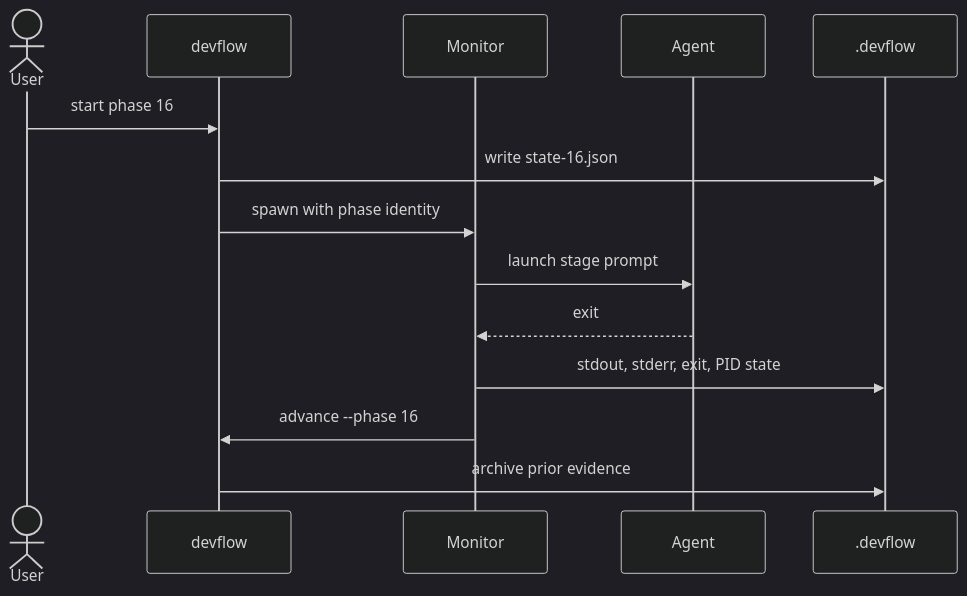
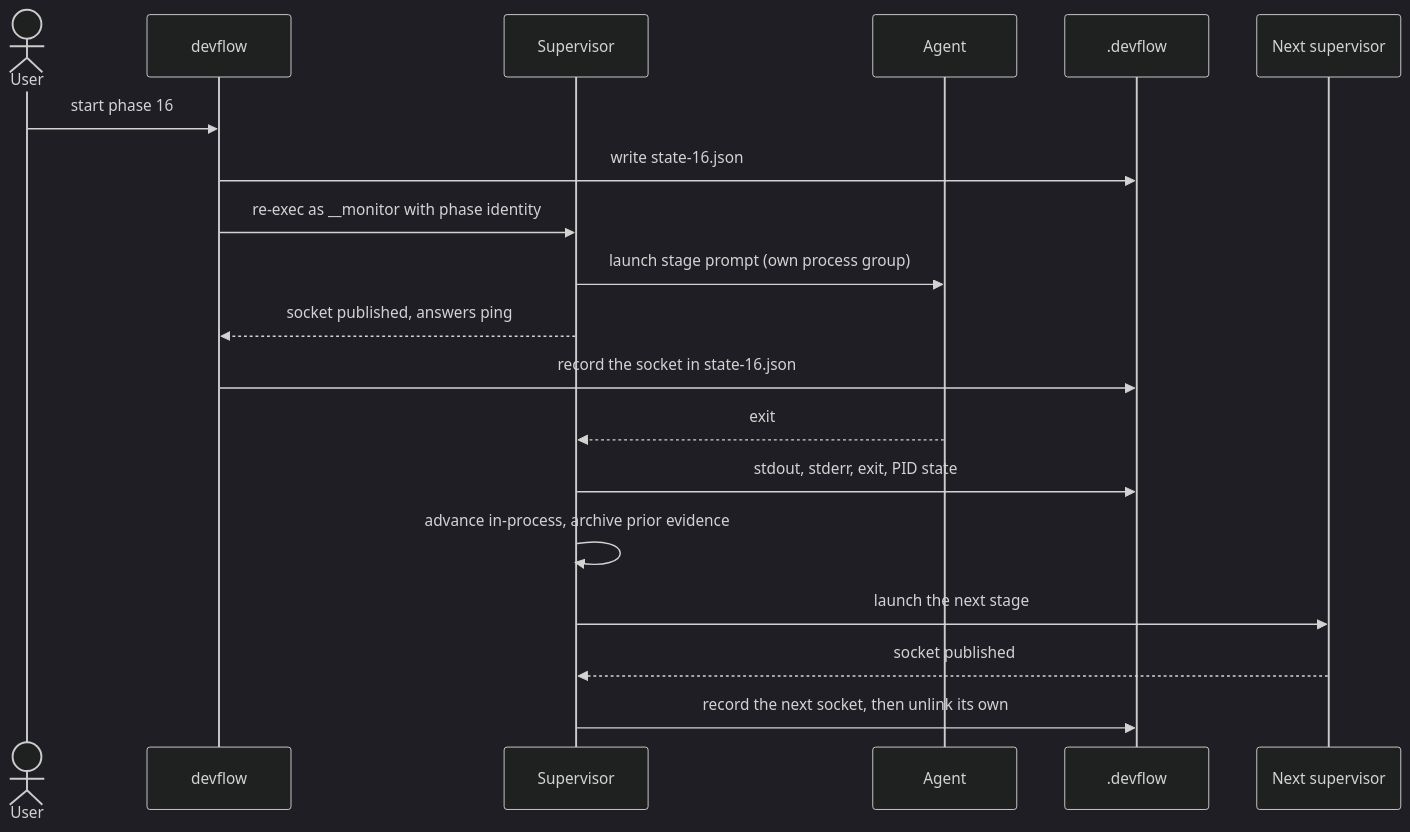
The first of 2 diagrams in docs/diagrams/agent-lifecycle.md (denniyahh/devflow), drawn with Mermaid (dark theme) before and after one commit. The commit also changed other lines of this file, not shown here.

Commit message:
docs(50-17): show the in-process advance in the agent lifecycle diagram
- the supervisor owns the agent, publishes its socket and advances
  in-process; the forked advance arrow is gone
- the next stage's supervisor publishes before the old socket is unlinked

Claude-Session: https://claude.ai/code/session_0182ocSM2E4fb2zu52jxGLzi

````diff
--- a/docs/diagrams/agent-lifecycle.md
+++ b/docs/diagrams/agent-lifecycle.md
@@ -6,17 +9,22 @@
 ```mermaid
 sequenceDiagram
     actor User
     participant CLI as devflow
-    participant Monitor
+    participant Sup as Supervisor
     participant Agent
     participant Files as .devflow
+    participant Next as Next supervisor
 
     User->>CLI: start phase 16
     CLI->>Files: write state-16.json
-    CLI->>Monitor: spawn with phase identity
-    Monitor->>Agent: launch stage prompt
-    Agent-->>Monitor: exit
-    Monitor->>Files: stdout, stderr, exit, PID state
-    Monitor->>CLI: advance --phase 16
-    CLI->>Files: archive prior evidence
+    CLI->>Sup: re-exec as __monitor with phase identity
+    Sup->>Agent: launch stage prompt (own process group)
+    Sup-->>CLI: socket published, answers ping
+    CLI->>Files: record the socket in state-16.json
+    Agent-->>Sup: exit
+    Sup->>Files: stdout, stderr, exit, PID state
+    Sup->>Sup: advance in-process, archive prior evidence
+    Sup->>Next: launch the next stage
+    Next-->>Sup: socket published
+    Sup->>Files: record the next socket, then unlink its own
 ```
````
